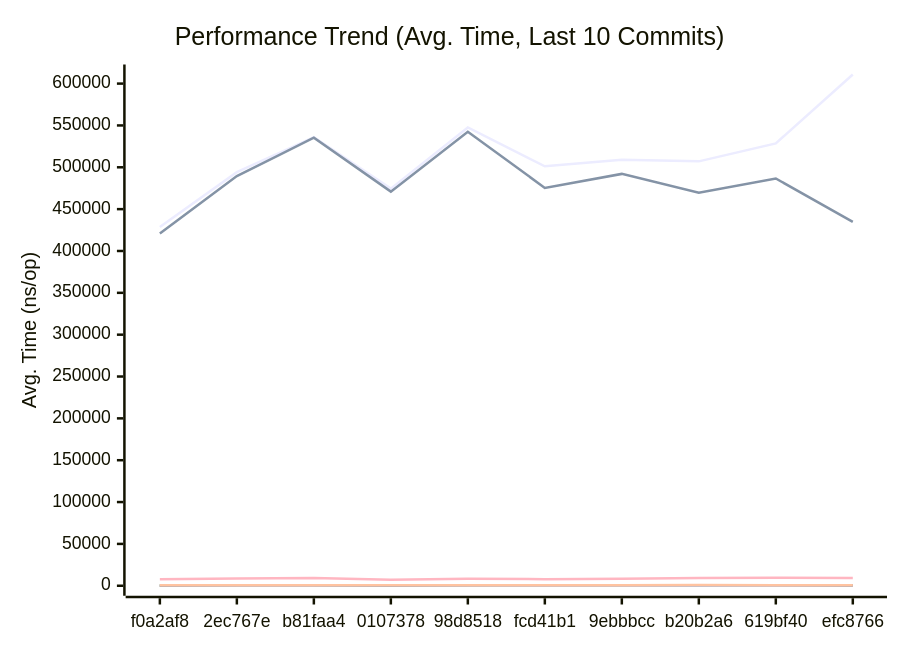
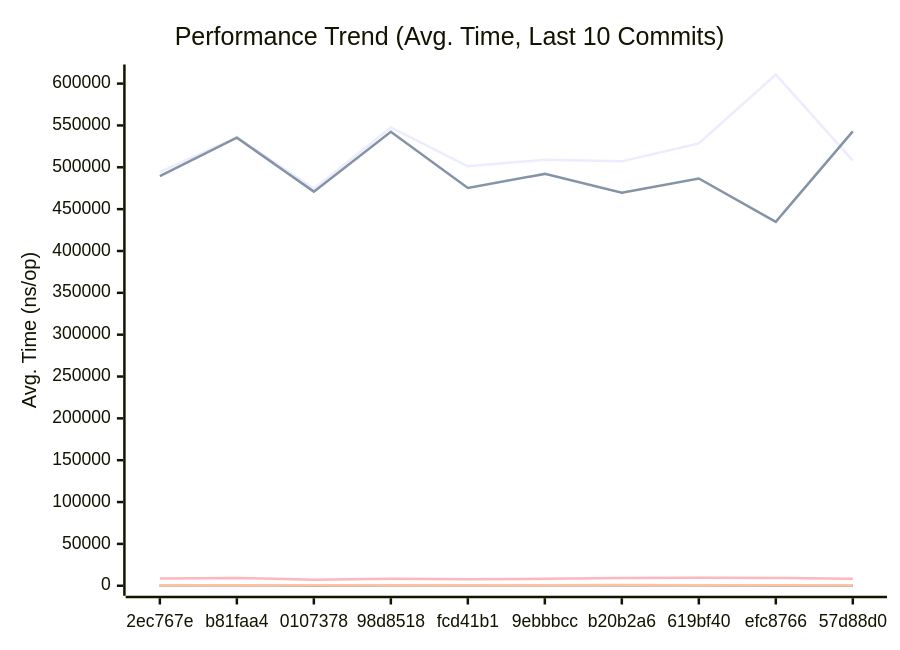
The first of 3 diagrams in docs/PERFORMANCE.md (alsotoes/momo), drawn with Mermaid before and after one commit. The commit also changed other lines of this file and 3 other files, not shown here.

````diff
--- a/docs/PERFORMANCE.md
+++ b/docs/PERFORMANCE.md
@@ -145,20 +145,20 @@
 ```mermaid
 xychart-beta
     title "Performance Trend (Avg. Time, Last 10 Commits)"
     x-axis "Commit"
     y-axis "Avg. Time (ns/op)"
-    x-axis [f0a2af8,2ec767e,b81faa4,0107378,98d8518,fcd41b1,9ebbbcc,b20b2a6,619bf40,efc8766]
-    line "AWSChunkedReaderSigned" [428699,494161,536055,474487,547638,501193,509071,507099,528608,610870]
-    line "AWSChunkedReaderUnsigned" [420916,489488,535372,470934,542477,475383,492103,469747,486617,434878]
-    line "CheckMetricsAndSwap" [8,8,11,8,9,8,10,9,9,9]
-    line "CrushOptimized" [342,351,359,357,366,378,382,366,323,343]
-    line "CrushOriginal" [465,587,501,444,519,462,546,546,550,607]
+    x-axis [2ec767e,b81faa4,0107378,98d8518,fcd41b1,9ebbbcc,b20b2a6,619bf40,efc8766,57d88d0]
+    line "AWSChunkedReaderSigned" [494161,536055,474487,547638,501193,509071,507099,528608,610870,507964]
+    line "AWSChunkedReaderUnsigned" [489488,535372,470934,542477,475383,492103,469747,486617,434878,542876]
+    line "CheckMetricsAndSwap" [8,11,8,9,8,10,9,9,9,8]
+    line "CrushOptimized" [351,359,357,366,378,382,366,323,343,370]
+    line "CrushOriginal" [587,501,444,519,462,546,546,550,607,472]
     line "IndexDirectTracking" [0,0,0,0,0,0,0,0,0,0]
     line "IndexSearch" [3,3,3,3,3,3,3,3,3,3]
-    line "LoadGlobalConfig" [7811,8699,9154,7311,8381,7902,8218,9180,9457,9215]
-    line "PadString" [49,49,50,41,54,44,44,50,49,41]
+    line "LoadGlobalConfig" [8699,9154,7311,8381,7902,8218,9180,9457,9215,8487]
+    line "PadString" [49,50,41,54,44,44,50,49,41,47]
     line "ParseReplicationOrder_NoPrealloc" [350,349,357,354,345,225,229,165,232,234]
     line "ParseReplicationOrder_Prealloc" [229,231,237,234,229,108,107,80,110,109]
-    line "SanitizeLog/Safe" [426,532,520,440,468,490,508,482,560,444]
-    line "SanitizeLog/Unsafe" [519,657,616,544,677,581,581,785,678,536]
+    line "SanitizeLog/Safe" [532,520,440,468,490,508,482,560,444,448]
+    line "SanitizeLog/Unsafe" [657,616,544,677,581,581,785,678,536,642]
 ```
````
